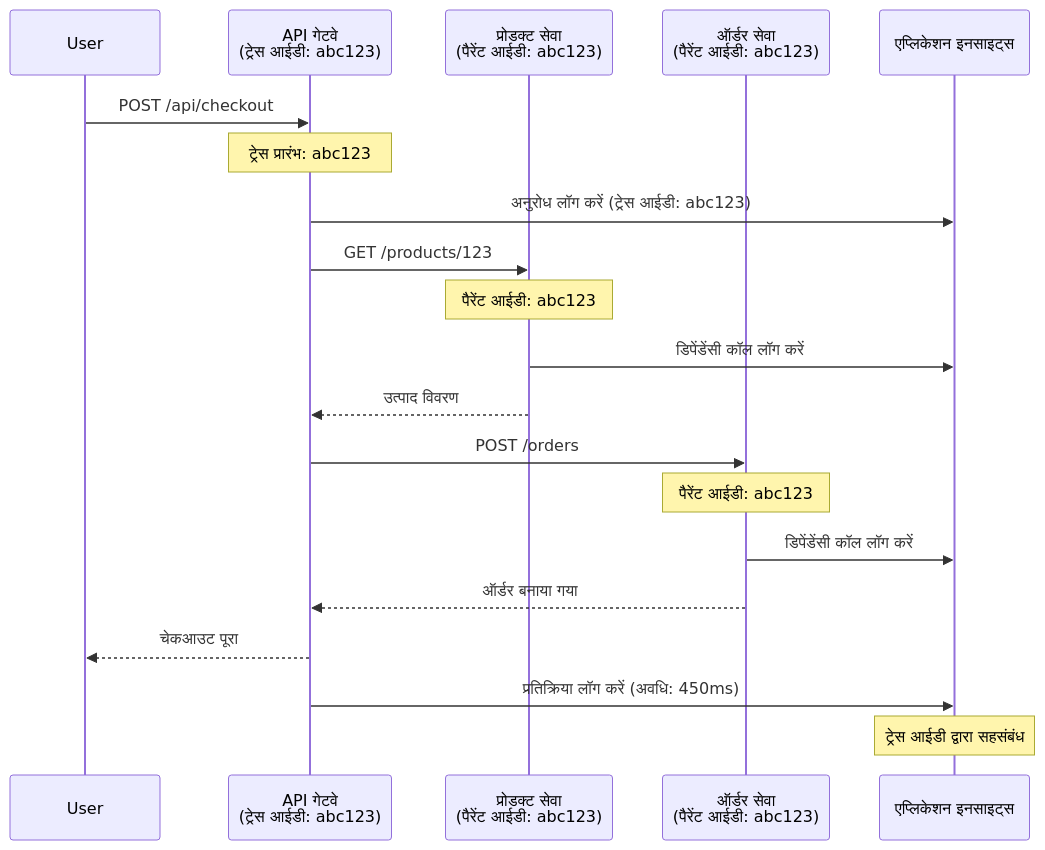
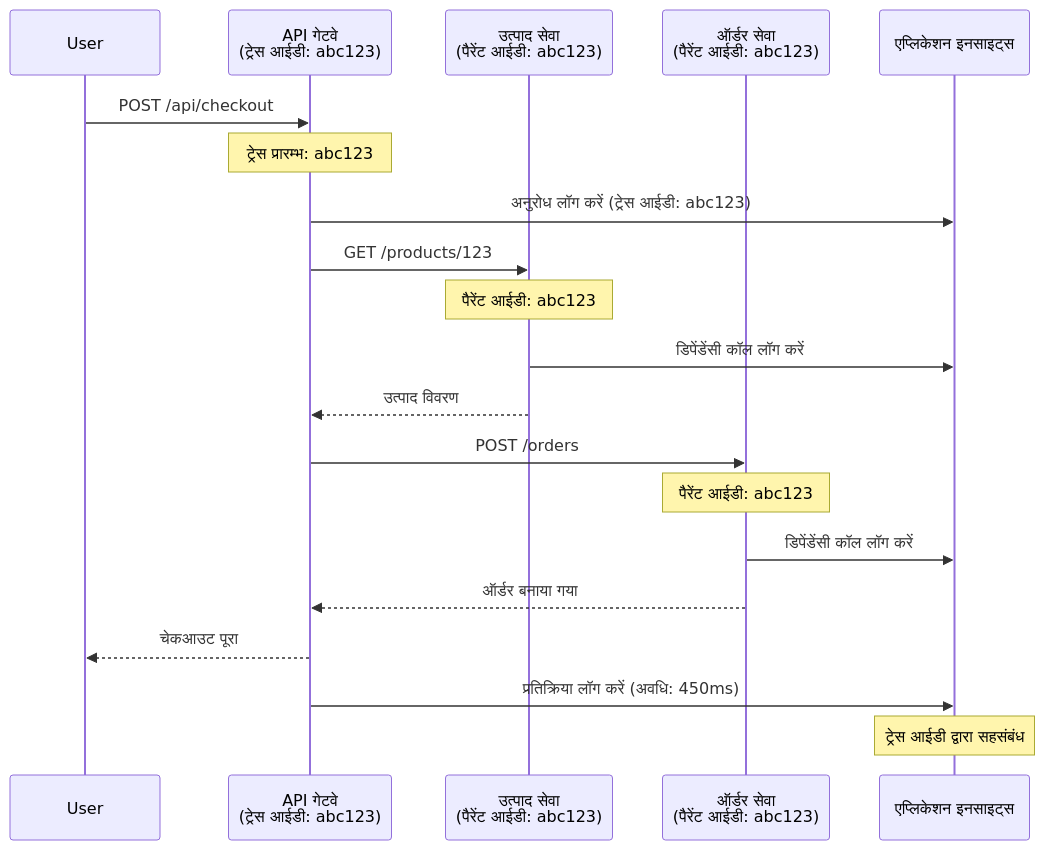
One commit to microsoft/AZD-for-beginners changed the second of 2 diagrams in translations/hi/docs/chapter-06-pre-deployment/application-insights.md. Above: the diagram before and after it, drawn with Mermaid. The commit also changed other lines of this file and 101 other files, not shown here.

````diff
--- a/translations/hi/docs/chapter-06-pre-deployment/application-insights.md
+++ b/translations/hi/docs/chapter-06-pre-deployment/application-insights.md
@@ -744,27 +744,27 @@
 ```mermaid
 sequenceDiagram
     participant User
     participant Gateway as API गेटवे<br/>(ट्रेस आईडी: abc123)
-    participant Product as प्रोडक्ट सेवा<br/>(पैरेंट आईडी: abc123)
+    participant Product as उत्पाद सेवा<br/>(पैरेंट आईडी: abc123)
     participant Order as ऑर्डर सेवा<br/>(पैरेंट आईडी: abc123)
     participant AppInsights as एप्लिकेशन इनसाइट्स
     
     User->>Gateway: POST /api/checkout
-    Note over Gateway: ट्रेस प्रारंभ: abc123
+    Note over Gateway: ट्रेस प्रारम्भ: abc123
     Gateway->>AppInsights: अनुरोध लॉग करें (ट्रेस आईडी: abc123)
     
     Gateway->>Product: GET /products/123
     Note over Product: पैरेंट आईडी: abc123
     Product->>AppInsights: डिपेंडेंसी कॉल लॉग करें
     Product-->>Gateway: उत्पाद विवरण
     
     Gateway->>Order: POST /orders
     Note over Order: पैरेंट आईडी: abc123
     Order->>AppInsights: डिपेंडेंसी कॉल लॉग करें
     Order-->>Gateway: ऑर्डर बनाया गया
     
     Gateway-->>User: चेकआउट पूरा
     Gateway->>AppInsights: प्रतिक्रिया लॉग करें (अवधि: 450ms)
     
     Note over AppInsights: ट्रेस आईडी द्वारा सहसंबंध
 ```
````
